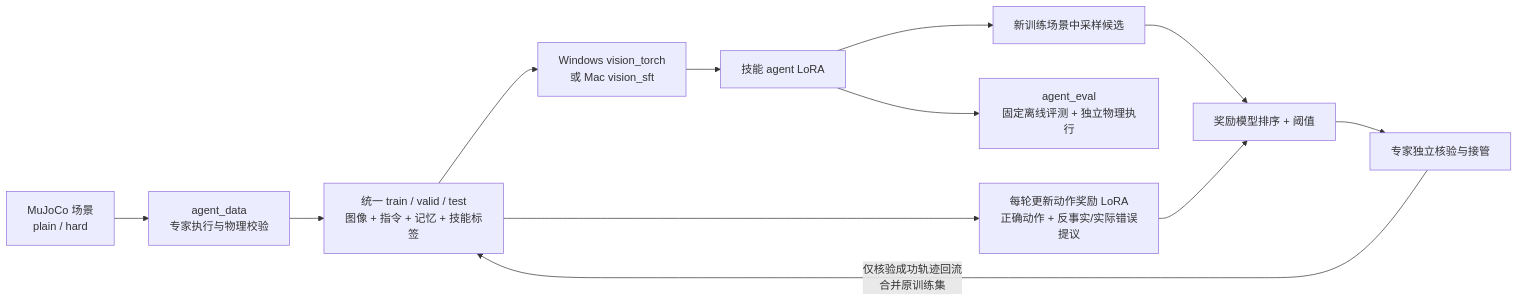
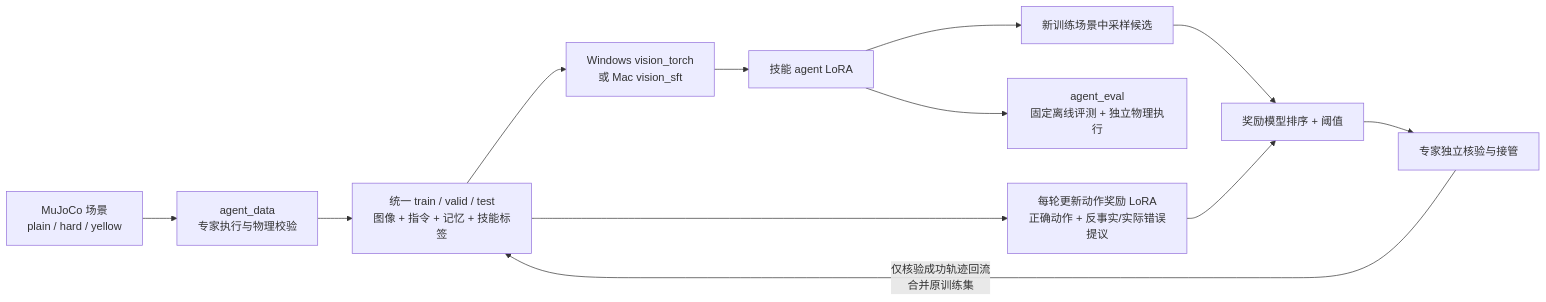
One commit to atlasmarkz/microduck-qwen changed the second of 2 diagrams in README.md. Above: the diagram before and after it, drawn with Mermaid. The commit also changed other lines of this file and 35 other files, not shown here.

````diff
--- a/README.md
+++ b/README.md
@@ -54,14 +59,14 @@
 ```mermaid
 flowchart LR
-    S["MuJoCo 场景<br/>plain / hard"] --> D["agent_data<br/>专家执行与物理校验"]
+    S["MuJoCo 场景<br/>plain / hard / yellow"] --> D["agent_data<br/>专家执行与物理校验"]
     D --> T["统一 train / valid / test<br/>图像 + 指令 + 记忆 + 技能标签"]
     T --> W["Windows vision_torch<br/>或 Mac vision_sft"]
     W --> A["技能 agent LoRA"]
     A --> P["新训练场景中采样候选"]
     P --> R["奖励模型排序 + 阈值"]
     R --> C["专家独立核验与接管"]
     C -->|"仅核验成功轨迹回流<br/>合并原训练集"| T
     A --> E["agent_eval<br/>固定离线评测 + 独立物理执行"]
     T --> RT["每轮更新动作奖励 LoRA<br/>正确动作 + 反事实/实际错误提议"]
     RT --> R
 ```
````
